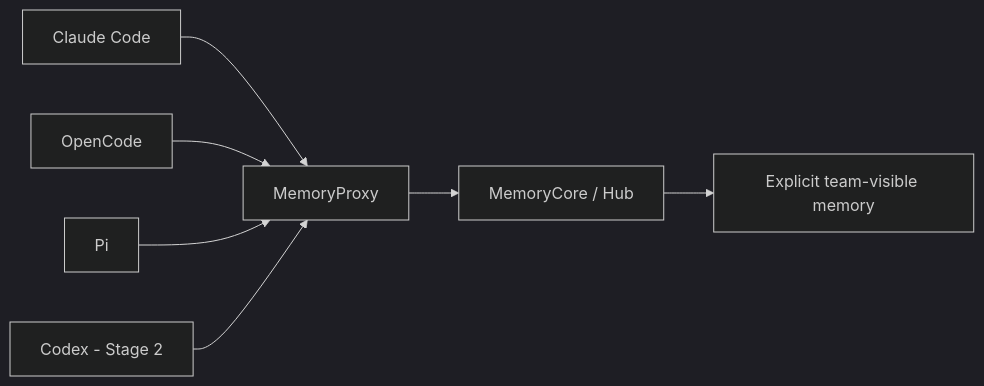
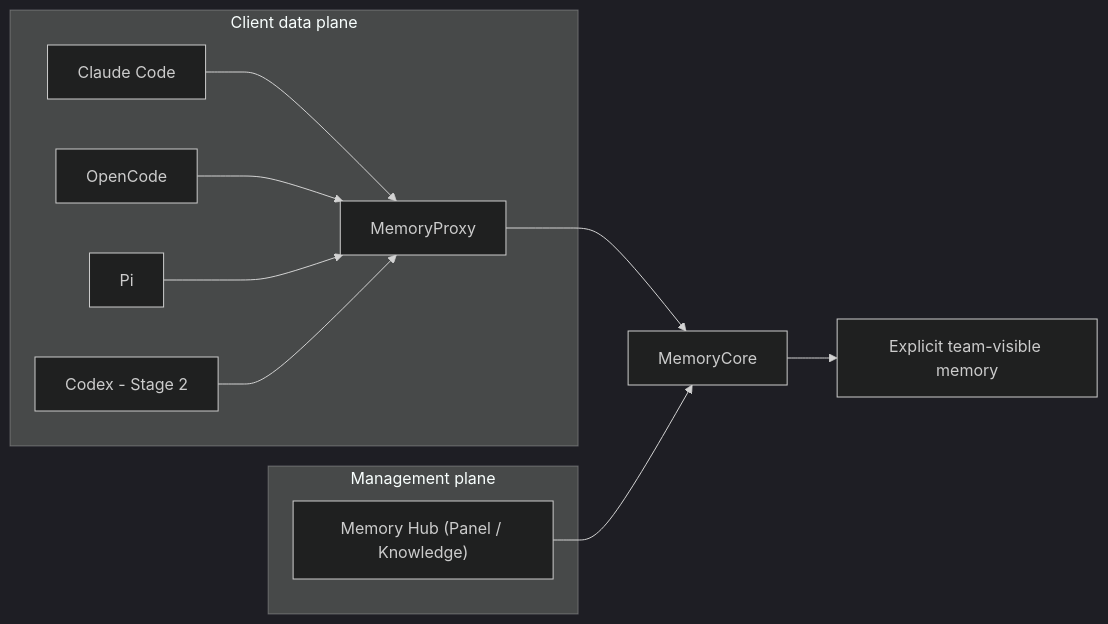
One commit to psiQAQ/agents-memory changed the diagram in docs/enterprise-memory-system-evaluation.md. Above: the diagram before and after it, drawn with Mermaid (dark theme). The commit also changed other lines of this file and 6 other files, not shown here.

````diff
--- a/docs/enterprise-memory-system-evaluation.md
+++ b/docs/enterprise-memory-system-evaluation.md
@@ -22,9 +22,15 @@
 ```mermaid
 flowchart LR
-  C["Claude Code"] --> P["MemoryProxy"]
-  O["OpenCode"] --> P
-  I["Pi"] --> P
-  X["Codex - Stage 2"] --> P
-  P --> K["MemoryCore / Hub"]
+  subgraph DP["Client data plane"]
+    C["Claude Code"] --> P["MemoryProxy"]
+    O["OpenCode"] --> P
+    I["Pi"] --> P
+    X["Codex - Stage 2"] --> P
+  end
+  P --> K["MemoryCore"]
+  subgraph MP["Management plane"]
+    H["Memory Hub (Panel / Knowledge)"]
+  end
+  H --> K
   K --> T["Explicit team-visible memory"]
 ```
````
